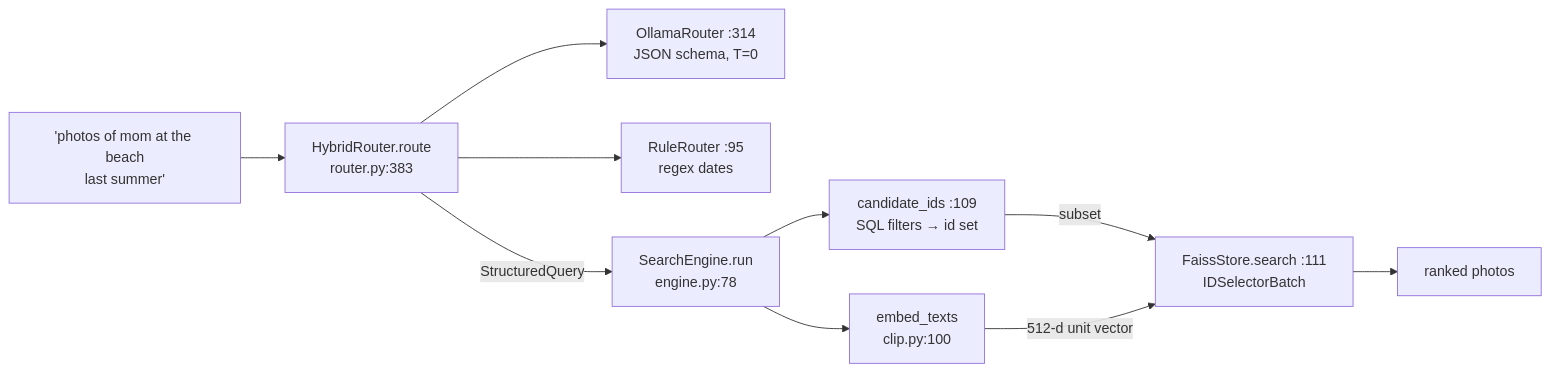
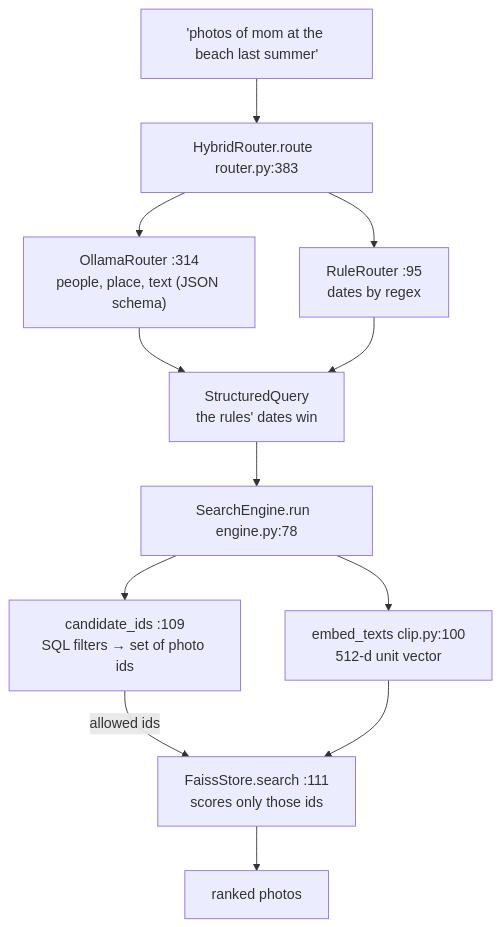
Before and after one commit to jayavardhan-g/projects-vault: the first of 4 diagrams in Interview prep/Days/Day 10 - Photo-Seek I.md, drawn with Mermaid. The commit also changed other lines of this file and 12 other files, not shown here.

First line of the commit message:
projects: Days 2-14 "Code, explained": full-width top-to-bottom diagrams, a figure per section, and a step-by-step flow per day

````diff
--- a/Interview prep/Days/Day 10 - Photo-Seek I.md
+++ b/Interview prep/Days/Day 10 - Photo-Seek I.md
@@ -112,12 +112,14 @@
 ```mermaid
-flowchart LR
-  Q["'photos of mom at the beach<br/>last summer'"] --> HY["HybridRouter.route<br/>router.py:383"]
-  HY --> LLM["OllamaRouter :314<br/>JSON schema, T=0"]
-  HY --> RU["RuleRouter :95<br/>regex dates"]
-  HY -->|"StructuredQuery"| RUN["SearchEngine.run<br/>engine.py:78"]
-  RUN --> SQL["candidate_ids :109<br/>SQL filters → id set"]
-  RUN --> CL["embed_texts<br/>clip.py:100"]
-  SQL -->|"subset"| FS["FaissStore.search :111<br/>IDSelectorBatch"]
-  CL -->|"512-d unit vector"| FS
+flowchart TB
+  Q["'photos of mom at the beach last summer'"] --> HY["HybridRouter.route  router.py:383"]
+  HY --> LLM["OllamaRouter :314<br/>people, place, text (JSON schema)"]
+  HY --> RU["RuleRouter :95<br/>dates by regex"]
+  LLM --> SQ["StructuredQuery<br/>the rules' dates win"]
+  RU --> SQ
+  SQ --> RUN["SearchEngine.run  engine.py:78"]
+  RUN --> SQL["candidate_ids :109<br/>SQL filters → set of photo ids"]
+  RUN --> CL["embed_texts  clip.py:100<br/>512-d unit vector"]
+  SQL -->|"allowed ids"| FS["FaissStore.search :111<br/>scores only those ids"]
+  CL --> FS
   FS --> RES["ranked photos"]
 ```
````
